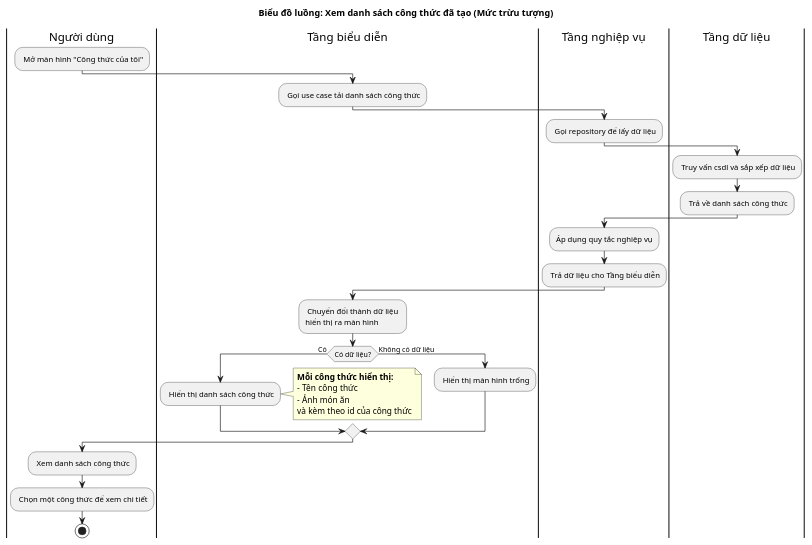
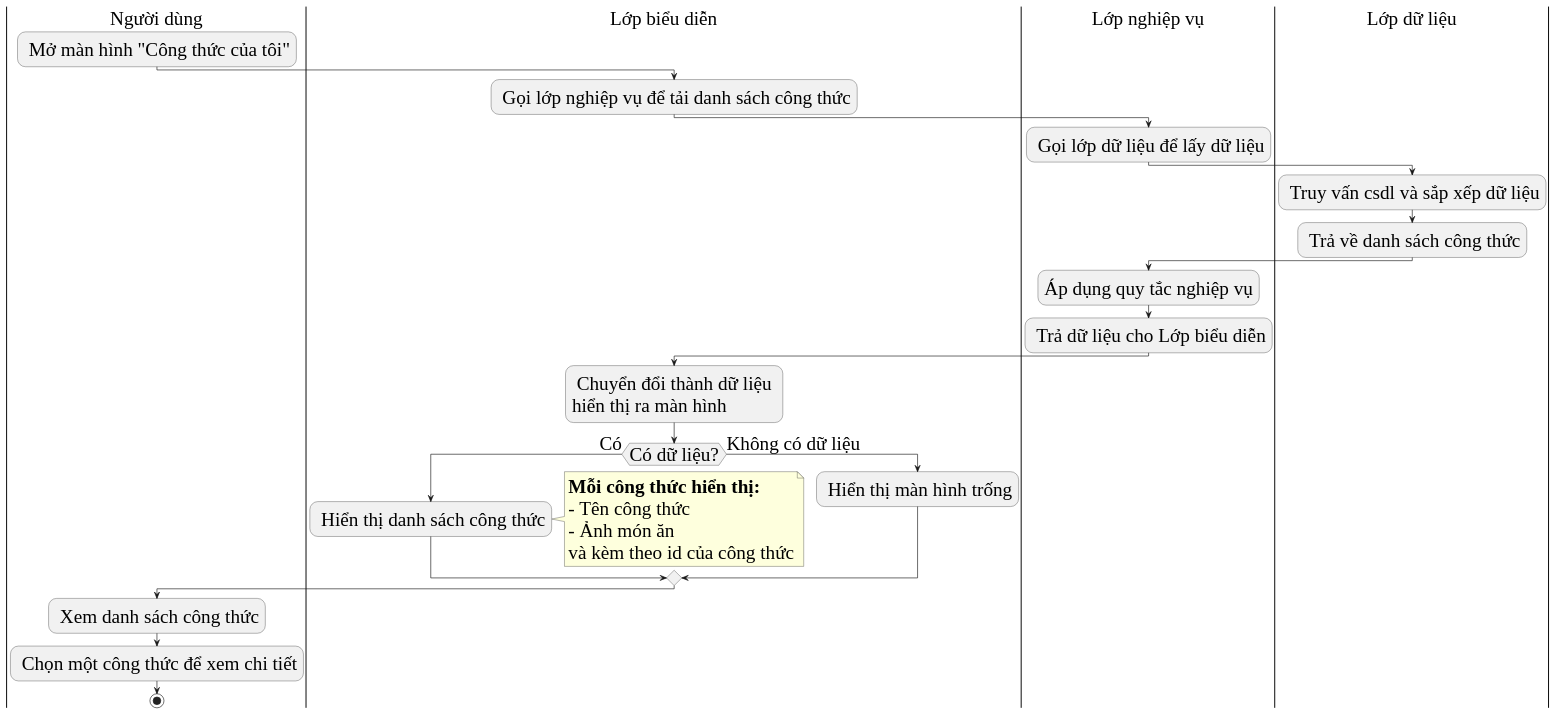
Before and after one commit to thecodinglife320/CookGood: the diagram in diagram/get_my_recipes.puml, drawn with PlantUML. The commit also changed 57 other files, not shown here.

```diff
--- a/diagram/get_my_recipes.puml
+++ b/diagram/get_my_recipes.puml
@@ -1,42 +1,43 @@
 @startuml
-title Biểu đồ luồng: Xem danh sách công thức đã tạo (Mức trừu tượng)
+skinparam DefaultFontName "Liberation Serif"
+skinparam DefaultFontSize 30
 
 |Người dùng|
 : Mở màn hình "Công thức của tôi";
 
-|Tầng biểu diễn|
-: Gọi use case tải danh sách công thức;
+|Lớp biểu diễn|
+: Gọi lớp nghiệp vụ để tải danh sách công thức;
 
-|Tầng nghiệp vụ|
-: Gọi repository để lấy dữ liệu;
+|Lớp nghiệp vụ|
+: Gọi lớp dữ liệu để lấy dữ liệu;
 
-|Tầng dữ liệu|
+|Lớp dữ liệu|
 : Truy vấn csdl và sắp xếp dữ liệu;
 : Trả về danh sách công thức;
 
-|Tầng nghiệp vụ|
+|Lớp nghiệp vụ|
 :Áp dụng quy tắc nghiệp vụ;
-: Trả dữ liệu cho Tầng biểu diễn;
+: Trả dữ liệu cho Lớp biểu diễn;
 
-|Tầng biểu diễn|
+|Lớp biểu diễn|
 : Chuyển đổi thành dữ liệu \nhiển thị ra màn hình;
 
-|Tầng biểu diễn|
+|Lớp biểu diễn|
 if (Có dữ liệu?) then (Có)
   : Hiển thị danh sách công thức;
   note right
     **Mỗi công thức hiển thị:**
     - Tên công thức
     - Ảnh món ăn
     và kèm theo id của công thức
   end note
 else (Không có dữ liệu)
   : Hiển thị màn hình trống;
 endif
 
 |Người dùng|
 : Xem danh sách công thức;
 : Chọn một công thức để xem chi tiết;
 
 stop
 @enduml
```
